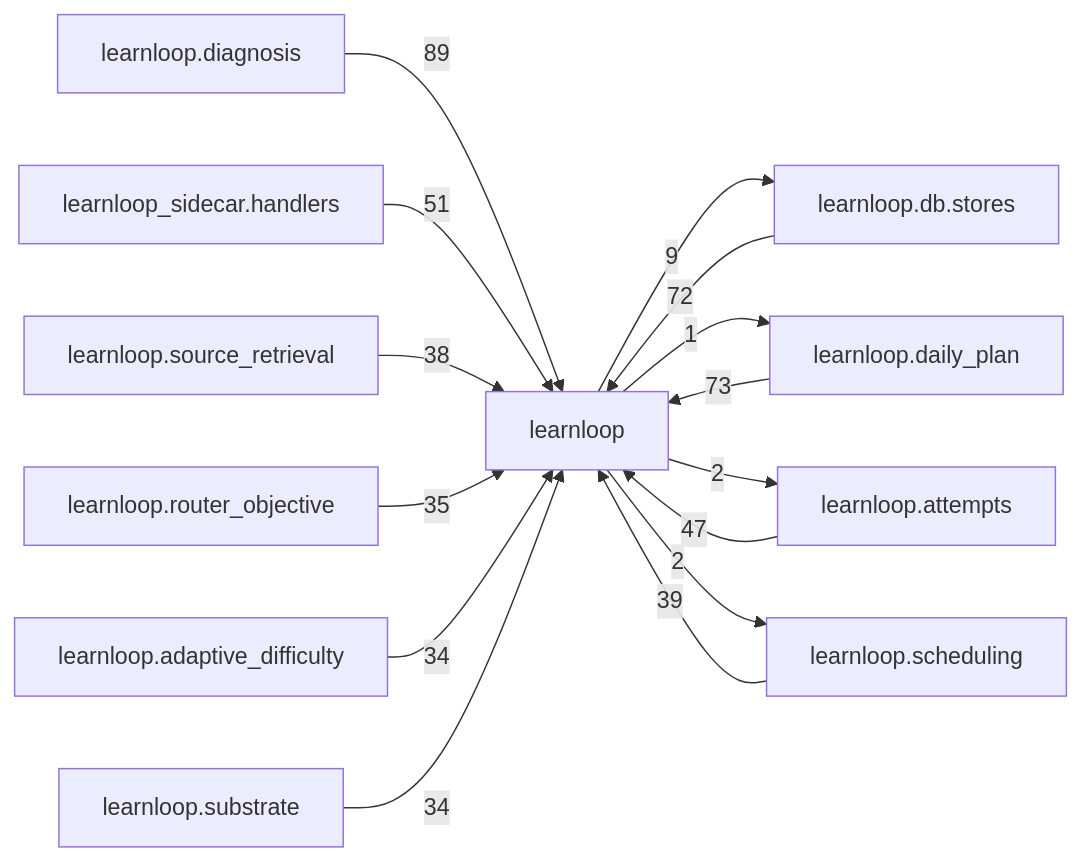
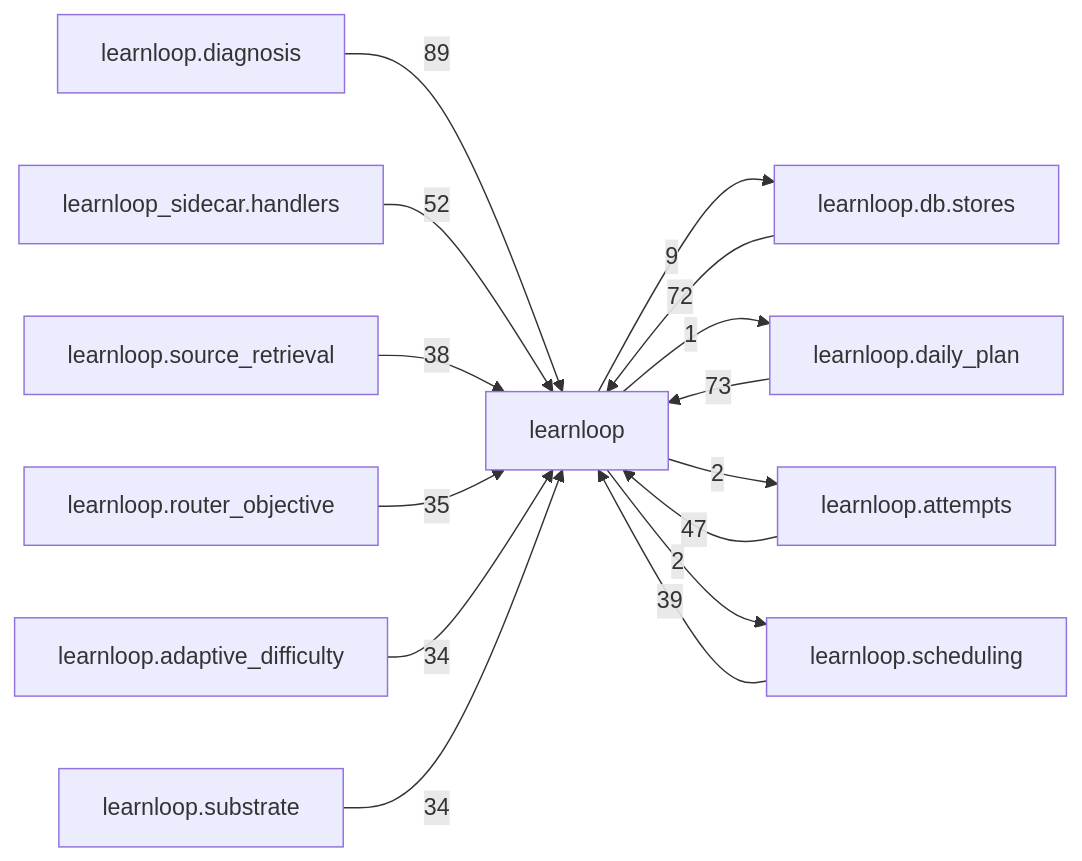
Before and after one commit to 6up-b/learnanything: the diagram in docs/learnloop-architecture-vault/Reference/Modules/learnloop/_package.md, drawn with Mermaid. The commit also changed other lines of this file and 43 other files, not shown here.

````diff
--- a/docs/learnloop-architecture-vault/Reference/Modules/learnloop/_package.md
+++ b/docs/learnloop-architecture-vault/Reference/Modules/learnloop/_package.md
@@ -271,28 +271,28 @@
 ```mermaid
 flowchart LR
     center["learnloop"]
     n_learnloop_diagnosis["learnloop.diagnosis"]
     n_learnloop_db_stores["learnloop.db.stores"]
     n_learnloop_daily_plan["learnloop.daily_plan"]
     n_learnloop_sidecar_handlers["learnloop_sidecar.handlers"]
     n_learnloop_attempts["learnloop.attempts"]
     n_learnloop_scheduling["learnloop.scheduling"]
     n_learnloop_source_retrieval["learnloop.source_retrieval"]
     n_learnloop_router_objective["learnloop.router_objective"]
     n_learnloop_adaptive_difficulty["learnloop.adaptive_difficulty"]
     n_learnloop_substrate["learnloop.substrate"]
     n_learnloop_diagnosis -->|89| center
     n_learnloop_db_stores -->|72| center
     center -->|9| n_learnloop_db_stores
     n_learnloop_daily_plan -->|73| center
     center -->|1| n_learnloop_daily_plan
-    n_learnloop_sidecar_handlers -->|51| center
+    n_learnloop_sidecar_handlers -->|52| center
     n_learnloop_attempts -->|47| center
     center -->|2| n_learnloop_attempts
     n_learnloop_scheduling -->|39| center
     center -->|2| n_learnloop_scheduling
     n_learnloop_source_retrieval -->|38| center
     n_learnloop_router_objective -->|35| center
     n_learnloop_adaptive_difficulty -->|34| center
     n_learnloop_substrate -->|34| center
 ```
````
